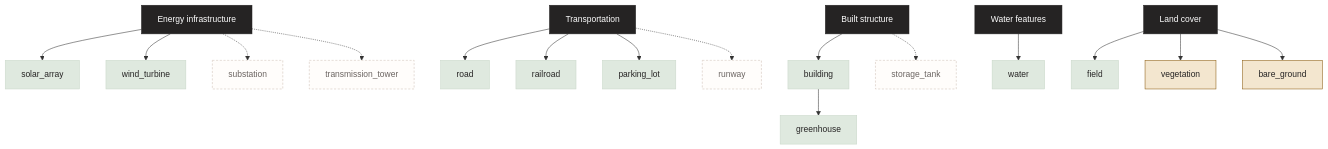
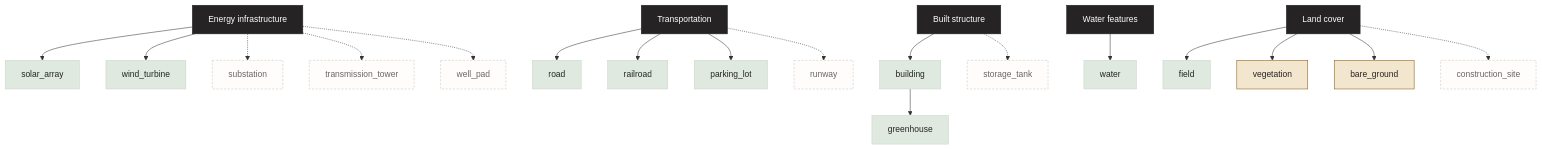
Before and after one commit to PlutonicSauce/Clayzer: the second of 3 diagrams in docs/caption-design.md, drawn with Mermaid. The commit also changed other lines of this file and 7 other files, not shown here.

````diff
--- a/docs/caption-design.md
+++ b/docs/caption-design.md
@@ -280,20 +282,21 @@
 ```mermaid
 flowchart TB
     EN["Energy infrastructure"] --> SOL["solar_array"] & WT["wind_turbine"]
-    EN -.-> SUB["substation"] & TT["transmission_tower"]
+    EN -.-> SUB["substation"] & TT["transmission_tower"] & WP["well_pad"]
     TR["Transportation"] --> RD["road"] & RR["railroad"] & PK["parking_lot"]
     TR -.-> RW["runway"]
     BS["Built structure"] --> BLD["building"] --> GH["greenhouse"]
     BS -.-> ST["storage_tank"]
     HY["Water features"] --> WA["water"]
     LC["Land cover"] --> FLD["field"] & VEG["vegetation"] & BG["bare_ground"]
+    LC -.-> CS["construction_site"]
 
     classDef root fill:#252323,stroke:#252323,color:#ffffff
     classDef keyed fill:#dfe9df,stroke:#c9d7c9,color:#252323
     classDef unscored fill:#f3e6cf,stroke:#8a5b0e,color:#252323
     classDef candidate fill:#fffdfb,stroke:#cebeb5,stroke-dasharray:4 3,color:#6b6461
     class EN,TR,BS,HY,LC root
     class SOL,WT,RD,RR,PK,BLD,GH,WA,FLD keyed
     class VEG,BG unscored
-    class SUB,TT,RW,ST candidate
+    class SUB,TT,WP,RW,ST,CS candidate
 ```
````
